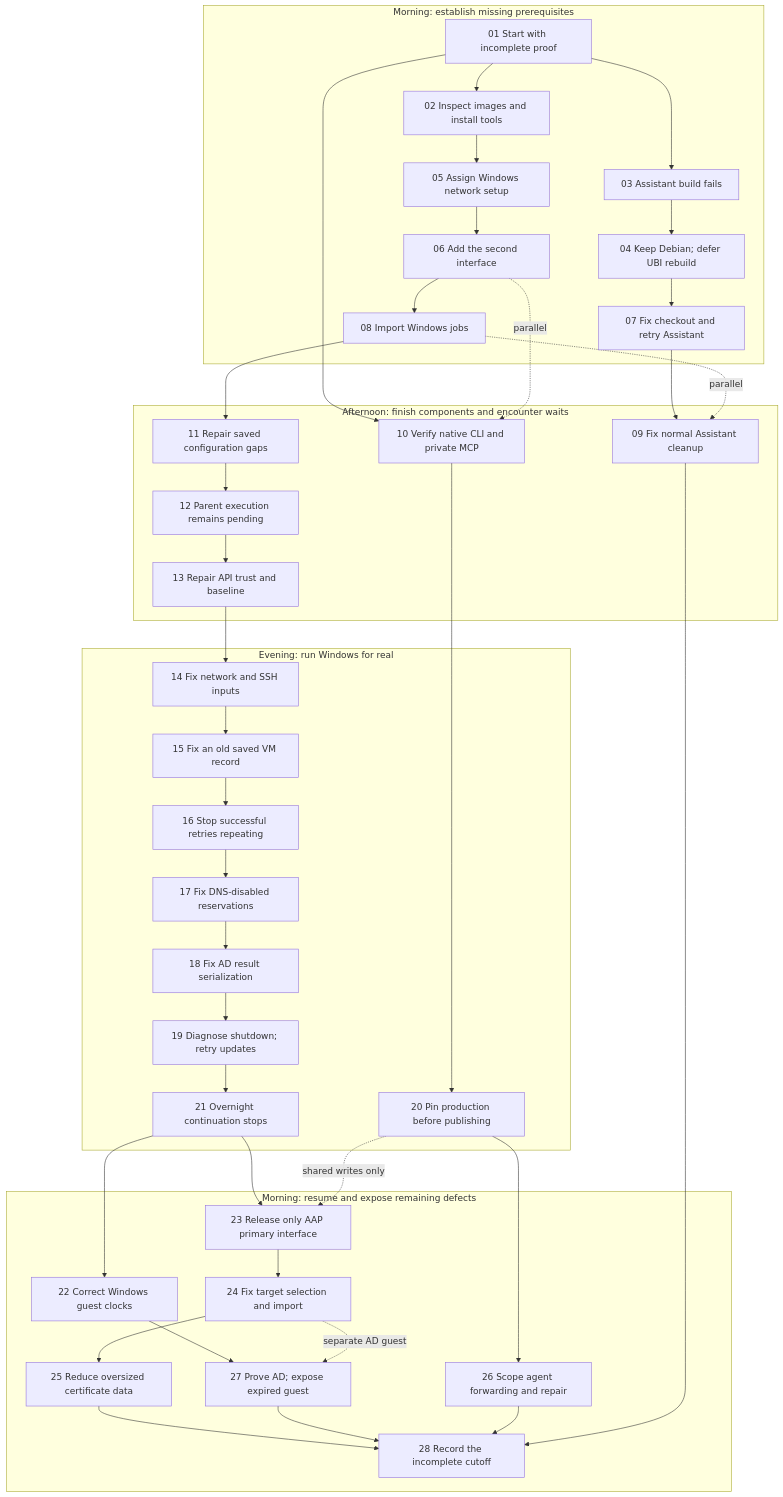
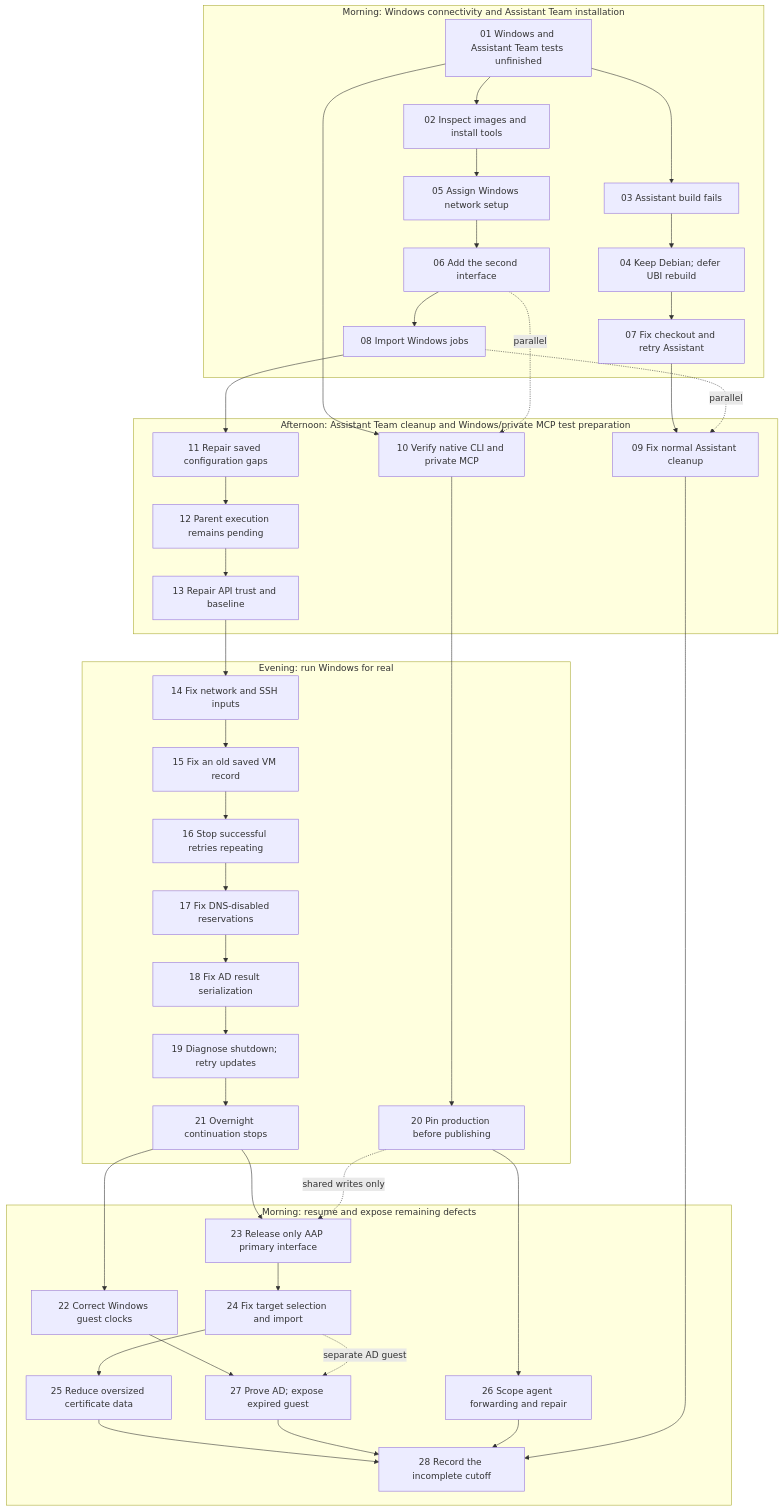
Before and after one commit to kvegh/aap_autodeploy_configascode: the diagram in docs/project-decision-action-path-flowchart.md, drawn with Mermaid. The commit also changed other lines of this file and 4 other files, not shown here.

````diff
--- a/docs/project-decision-action-path-flowchart.md
+++ b/docs/project-decision-action-path-flowchart.md
@@ -38,45 +43,45 @@
 ```mermaid
 flowchart TB
-  subgraph A[Morning: establish missing prerequisites]
-    N01["01 Start with incomplete proof"] --> N02["02 Inspect images and install tools"]
+  subgraph A[Morning: Windows connectivity and Assistant Team installation]
+    N01["01 Windows and Assistant Team tests unfinished"] --> N02["02 Inspect images and install tools"]
     N01 --> N03["03 Assistant build fails"]
     N03 --> N04["04 Keep Debian; defer UBI rebuild"]
     N02 --> N05["05 Assign Windows network setup"]
     N05 --> N06["06 Add the second interface"]
     N04 --> N07["07 Fix checkout and retry Assistant"]
     N06 --> N08["08 Import Windows jobs"]
   end
-  subgraph B[Afternoon: finish components and encounter waits]
+  subgraph B[Afternoon: Assistant Team cleanup and Windows/private MCP test preparation]
     N07 --> N09["09 Fix normal Assistant cleanup"]
     N01 --> N10["10 Verify native CLI and private MCP"]
     N08 --> N11["11 Repair saved configuration gaps"]
     N11 --> N12["12 Parent execution remains pending"]
     N12 --> N13["13 Repair API trust and baseline"]
   end
   subgraph C[Evening: run Windows for real]
     N13 --> N14["14 Fix network and SSH inputs"]
     N14 --> N15["15 Fix an old saved VM record"]
     N15 --> N16["16 Stop successful retries repeating"]
     N16 --> N17["17 Fix DNS-disabled reservations"]
     N17 --> N18["18 Fix AD result serialization"]
     N18 --> N19["19 Diagnose shutdown; retry updates"]
     N10 --> N20["20 Pin production before publishing"]
     N19 --> N21["21 Overnight continuation stops"]
   end
   subgraph D[Morning: resume and expose remaining defects]
     N21 --> N22["22 Correct Windows guest clocks"]
     N21 --> N23["23 Release only AAP primary interface"]
     N23 --> N24["24 Fix target selection and import"]
     N24 --> N25["25 Reduce oversized certificate data"]
     N20 --> N26["26 Scope agent forwarding and repair"]
     N22 --> N27["27 Prove AD; expose expired guest"]
     N25 --> N28["28 Record the incomplete cutoff"]
     N27 --> N28
     N26 --> N28
     N09 --> N28
   end
   N06 -. parallel .-> N10
   N08 -. parallel .-> N09
   N20 -. shared writes only .-> N23
   N24 -. separate AD guest .-> N27
 ```
````
